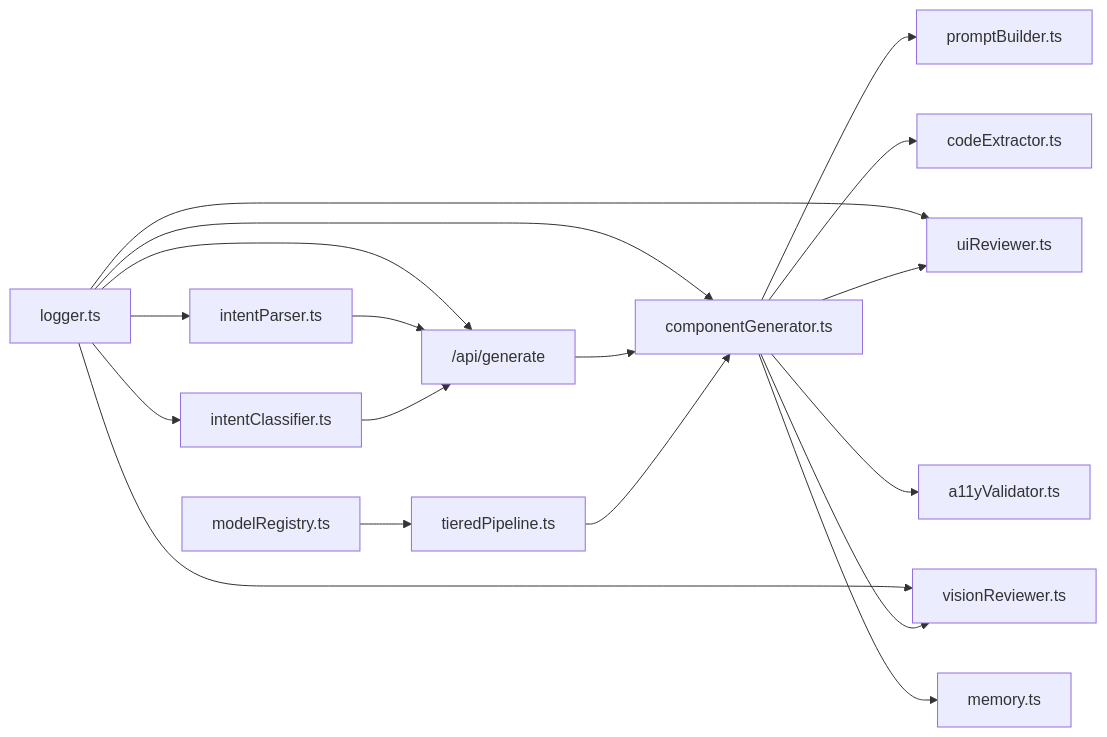
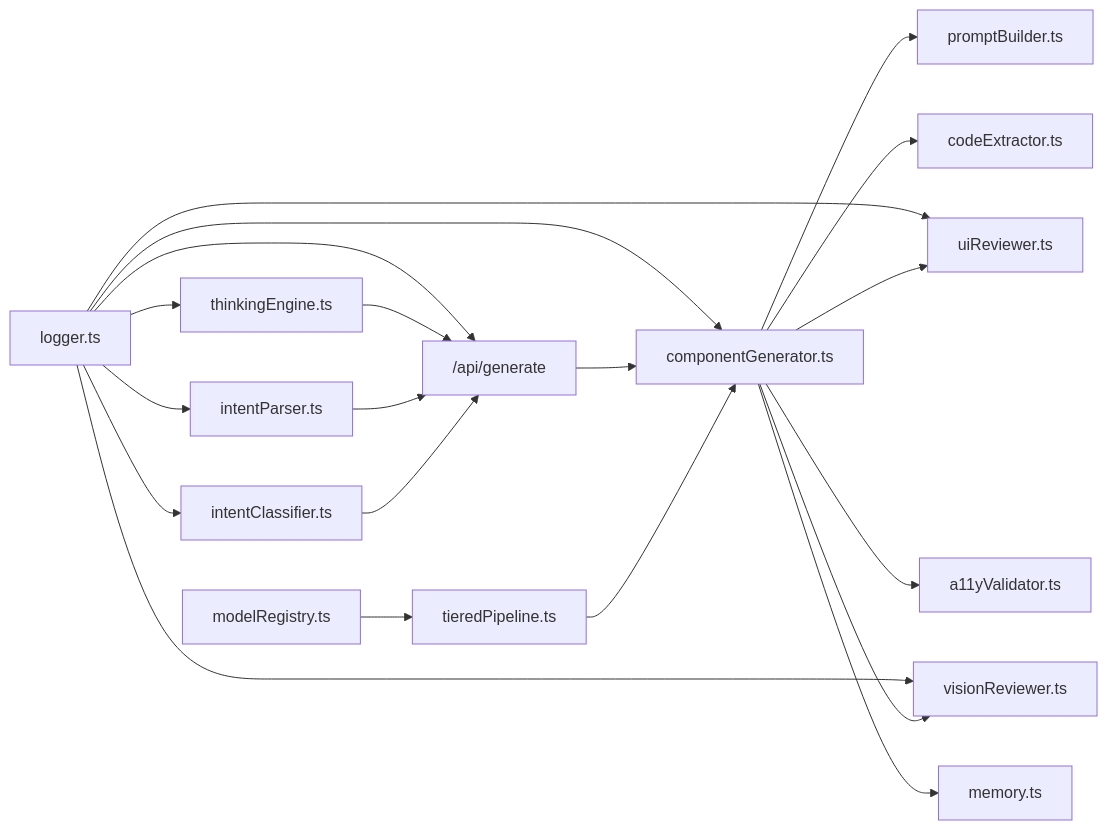
One commit to shekhargiri005-dotcom/AI-powered-accessibility-first-UI-engine changed diagram 15 of 15 in .qoder/repowiki/en/content/Architecture & Design/Layered Architecture/Business Logic Layer/AI Generation Pipeline.md. Above: the diagram before and after it, drawn with Mermaid. The commit also changed other lines of this file and 71 other files, not shown here.

````diff
--- a/.qoder/repowiki/en/content/Architecture & Design/Layered Architecture/Business Logic Layer/AI Generation Pipeline.md
+++ b/.qoder/repowiki/en/content/Architecture & Design/Layered Architecture/Business Logic Layer/AI Generation Pipeline.md
@@ -586,20 +680,22 @@
 ```mermaid
 graph LR
 MR["modelRegistry.ts"] --> TP["tieredPipeline.ts"]
 TP --> CG["componentGenerator.ts"]
 CG --> PB["promptBuilder.ts"]
 CG --> CE["codeExtractor.ts"]
 CG --> UR["uiReviewer.ts"]
 CG --> VR["visionReviewer.ts"]
 CG --> AV["a11yValidator.ts"]
 CG --> MM["memory.ts"]
 IC["intentClassifier.ts"] --> API["/api/generate"]
 IP["intentParser.ts"] --> API
 API --> CG
+TE["thinkingEngine.ts"] --> API
 LOG["logger.ts"] --> API
 LOG --> IC
 LOG --> IP
 LOG --> CG
+LOG --> TE
 LOG --> UR
 LOG --> VR
 ```
````
